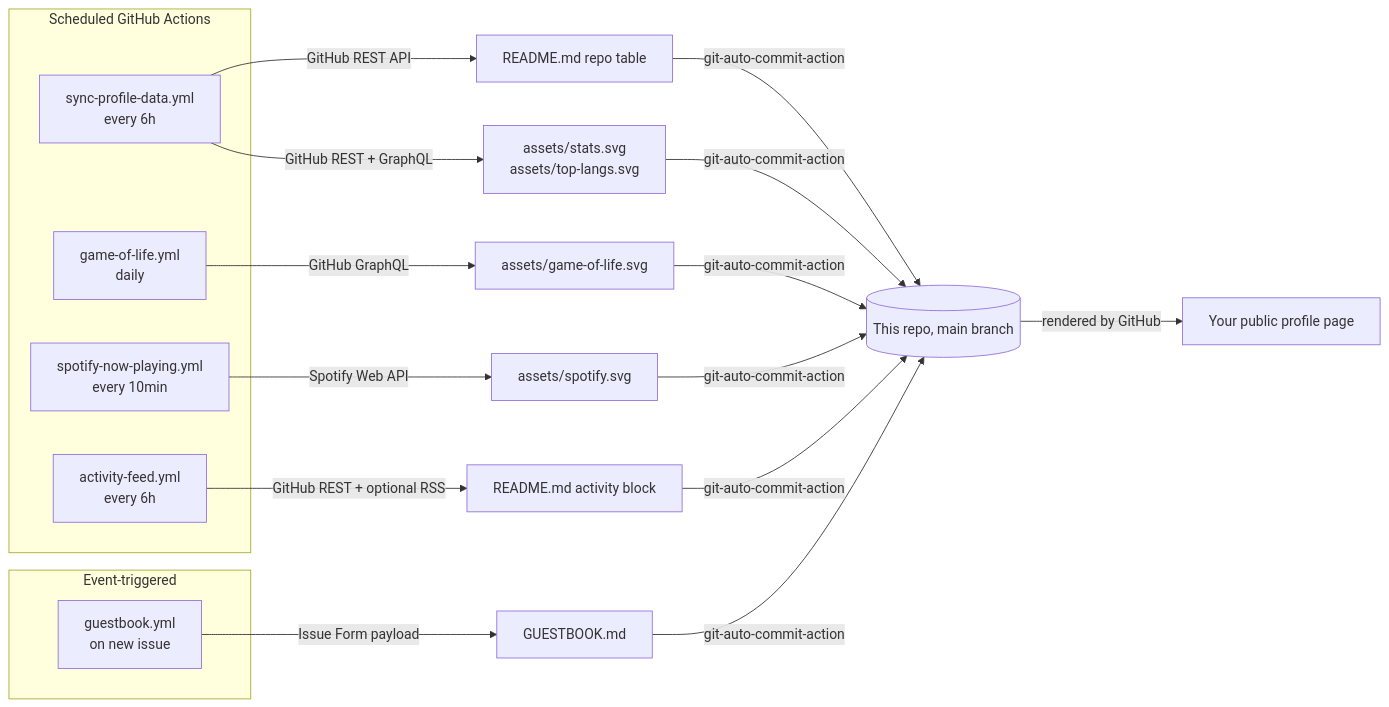
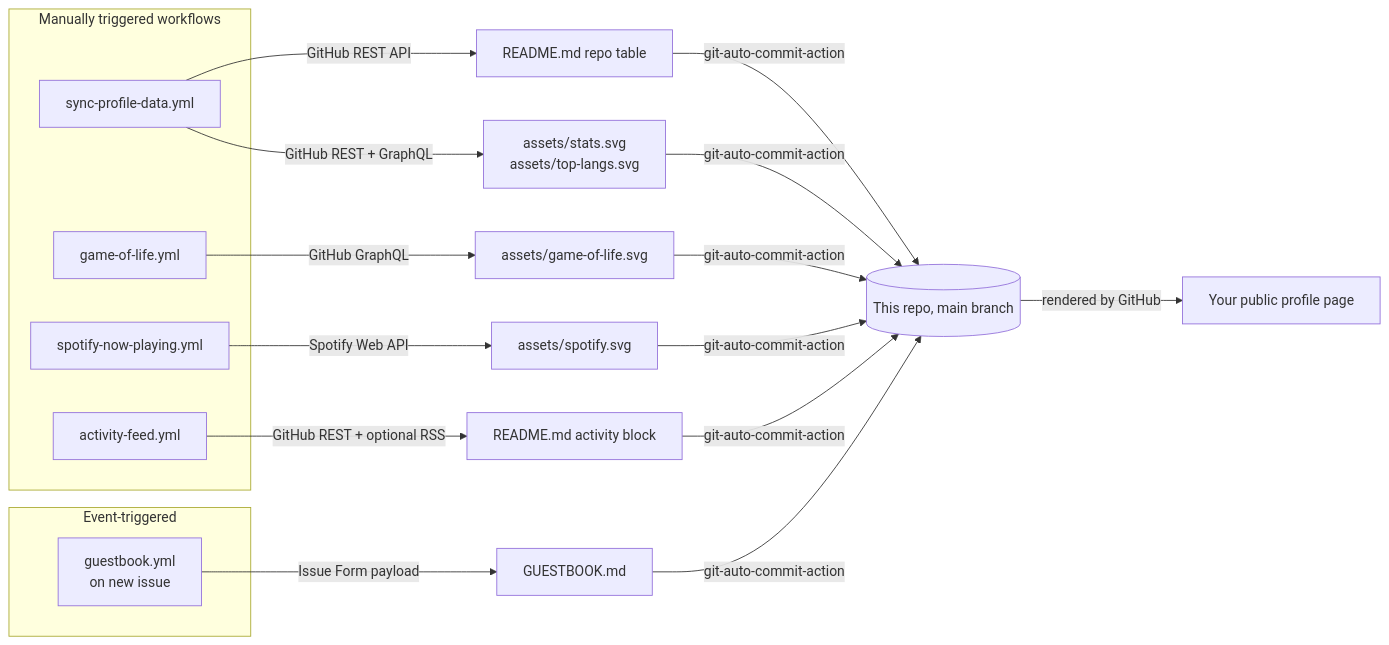
The diagram in SETUP.md (SKYLORD69-PY/SKYLORD69-PY), drawn with Mermaid before and after one commit. The commit also changed other lines of this file and 5 other files, not shown here.

Commit message:
chore: make profile updates manual-only

````diff
--- a/SETUP.md
+++ b/SETUP.md
@@ -8,22 +8,22 @@
 ```mermaid
 flowchart LR
-    subgraph Cron["Scheduled GitHub Actions"]
-        A[sync-profile-data.yml<br/>every 6h]
-        B[game-of-life.yml<br/>daily]
-        C[spotify-now-playing.yml<br/>every 10min]
-        D[activity-feed.yml<br/>every 6h]
+      subgraph Manual["Manually triggered workflows"]
+         A[sync-profile-data.yml]
+         B[game-of-life.yml]
+         C[spotify-now-playing.yml]
+         D[activity-feed.yml]
     end
     subgraph Event["Event-triggered"]
         E[guestbook.yml<br/>on new issue]
     end
 
     A -->|GitHub REST API| README1[README.md repo table]
     A -->|GitHub REST + GraphQL| Stats[assets/stats.svg<br/>assets/top-langs.svg]
     B -->|GitHub GraphQL| GoL[assets/game-of-life.svg]
     C -->|Spotify Web API| Spotify[assets/spotify.svg]
     D -->|GitHub REST + optional RSS| README2[README.md activity block]
     E -->|Issue Form payload| Guestbook[GUESTBOOK.md]
 
     README1 & Stats & GoL & Spotify & README2 & Guestbook -->|git-auto-commit-action| Repo[(This repo, main branch)]
     Repo -->|rendered by GitHub| Profile[Your public profile page]
 ```
````
